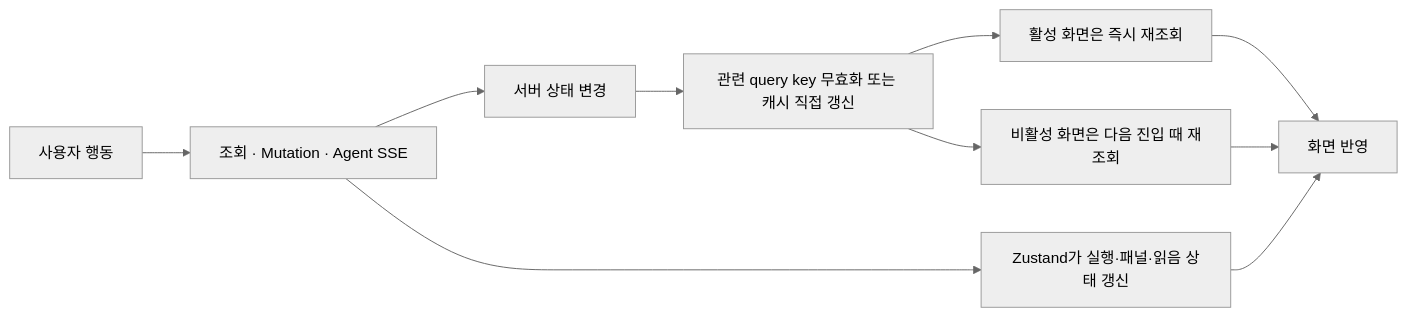
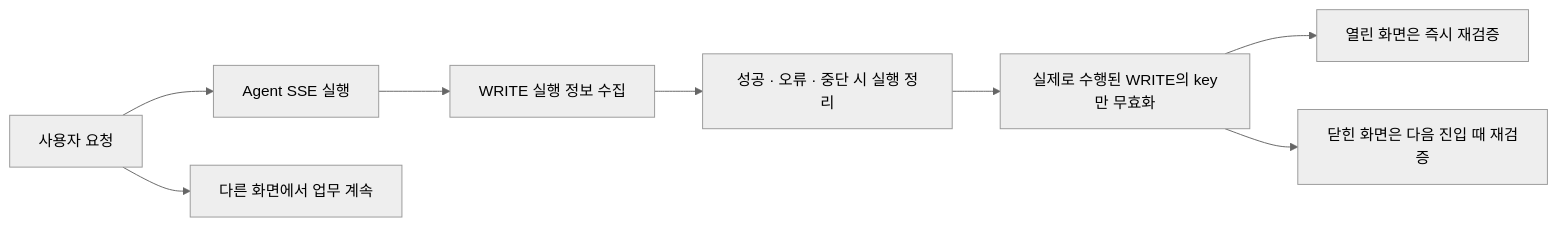
Before and after one commit to Pretty-Works/pretty-fe: the first of 3 diagrams in FRONTEND_ARCHITECTURE_STRATEGIES.md, drawn with Mermaid (neutral theme). The commit also changed other lines of this file and 19 other files, not shown here.

````diff
--- a/FRONTEND_ARCHITECTURE_STRATEGIES.md
+++ b/FRONTEND_ARCHITECTURE_STRATEGIES.md
@@ -22,12 +57,10 @@
 ```mermaid
 flowchart LR
-    U["사용자 행동"] --> A["조회 · Mutation · Agent SSE"]
-    A --> S["서버 상태 변경"]
-    S --> I["관련 query key 무효화 또는 캐시 직접 갱신"]
-    I --> Q["활성 화면은 즉시 재조회"]
-    I --> N["비활성 화면은 다음 진입 때 재조회"]
-    A --> Z["Zustand가 실행·패널·읽음 상태 갱신"]
-    Q --> V["화면 반영"]
-    N --> V
-    Z --> V
+    U["사용자 요청"] --> S["Agent SSE 실행"]
+    U --> W["다른 화면에서 업무 계속"]
+    S --> E["WRITE 실행 정보 수집"]
+    E --> D["성공 · 오류 · 중단 시 실행 정리"]
+    D --> I["실제로 수행된 WRITE의 key만 무효화"]
+    I --> A["열린 화면은 즉시 재검증"]
+    I --> N["닫힌 화면은 다음 진입 때 재검증"]
 ```
````
